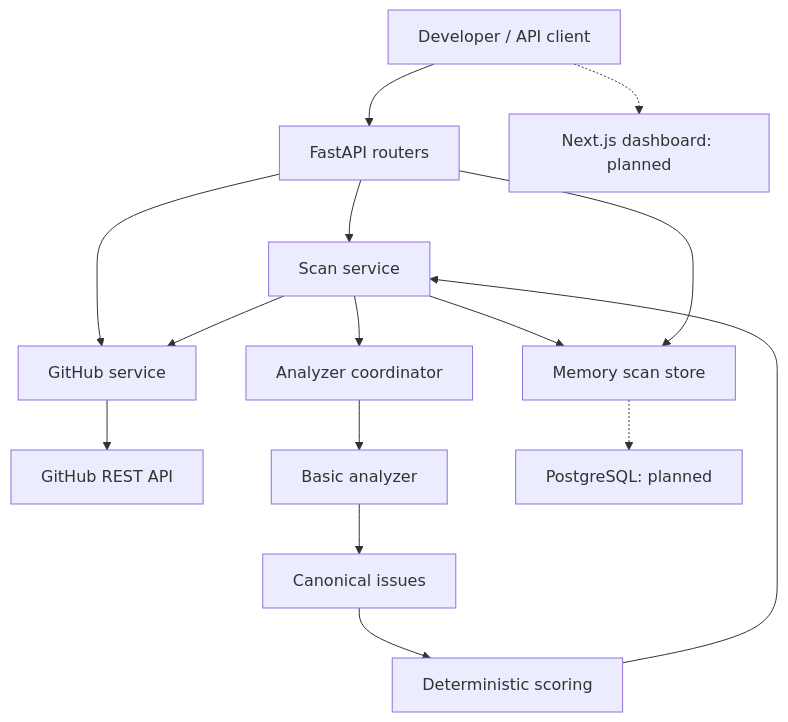
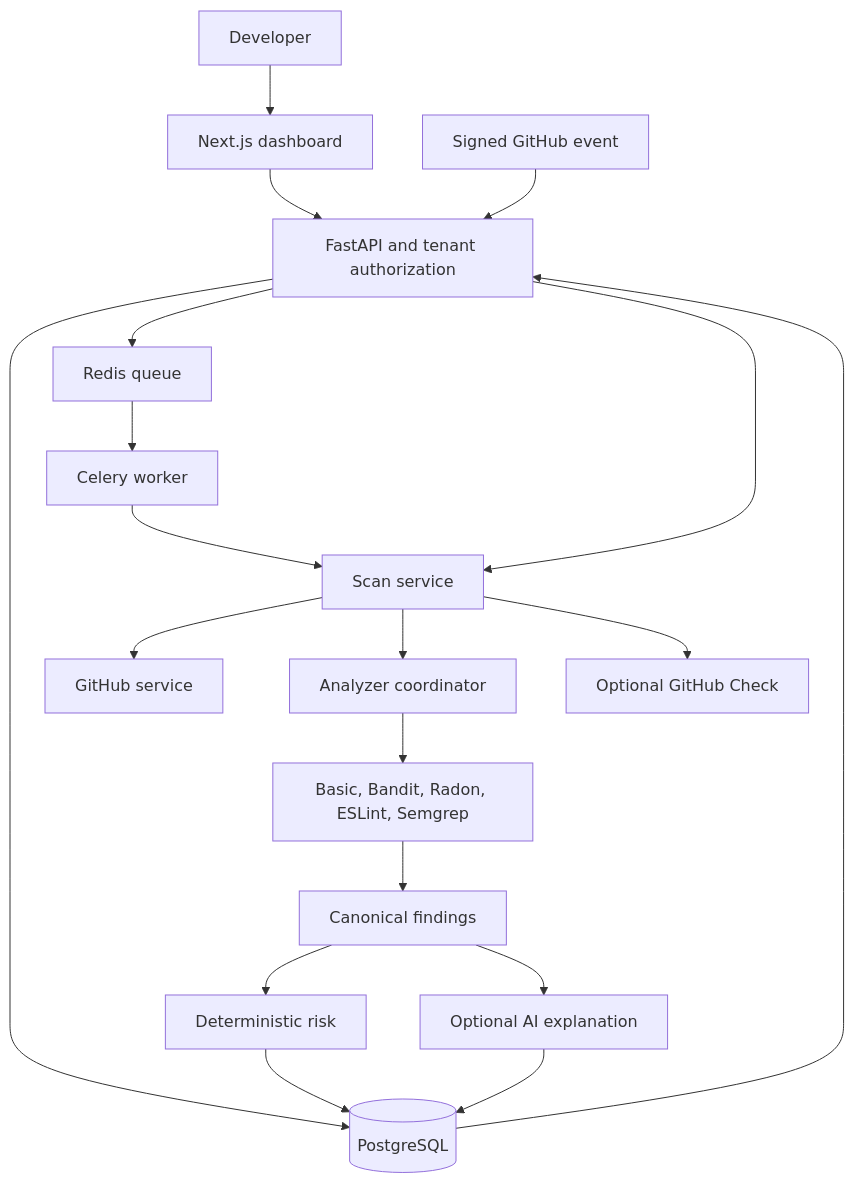
Before and after one commit to youxeff/DEVProbe: the diagram in README.md, drawn with Mermaid. The commit also changed other lines of this file and 8 other files, not shown here.

````diff
--- a/README.md
+++ b/README.md
@@ -38,17 +42,21 @@
 ```mermaid
 flowchart TD
-    U["Developer / API client"] --> A["FastAPI routers"]
-    A --> G["GitHub service"]
-    A --> S["Scan service"]
-    S --> G
-    G --> H["GitHub REST API"]
-    S --> N["Analyzer coordinator"]
-    N --> B["Basic analyzer"]
-    B --> I["Canonical issues"]
-    I --> R["Deterministic scoring"]
-    S --> M["Memory scan store"]
-    R --> S
-    A --> M
-    M -.-> P["PostgreSQL: planned"]
-    U -.-> F["Next.js dashboard: planned"]
+    U[Developer] --> F[Next.js dashboard]
+    F --> A[FastAPI and tenant authorization]
+    H[Signed GitHub event] --> A
+    A --> D[(PostgreSQL)]
+    A --> Q[Redis queue]
+    Q --> W[Celery worker]
+    A --> S[Scan service]
+    W --> S
+    S --> G[GitHub service]
+    S --> N[Analyzer coordinator]
+    N --> T[Basic, Bandit, Radon, ESLint, Semgrep]
+    T --> I[Canonical findings]
+    I --> R[Deterministic risk]
+    I --> L[Optional AI explanation]
+    R --> D
+    L --> D
+    S --> C[Optional GitHub Check]
+    D --> A
 ```
````
